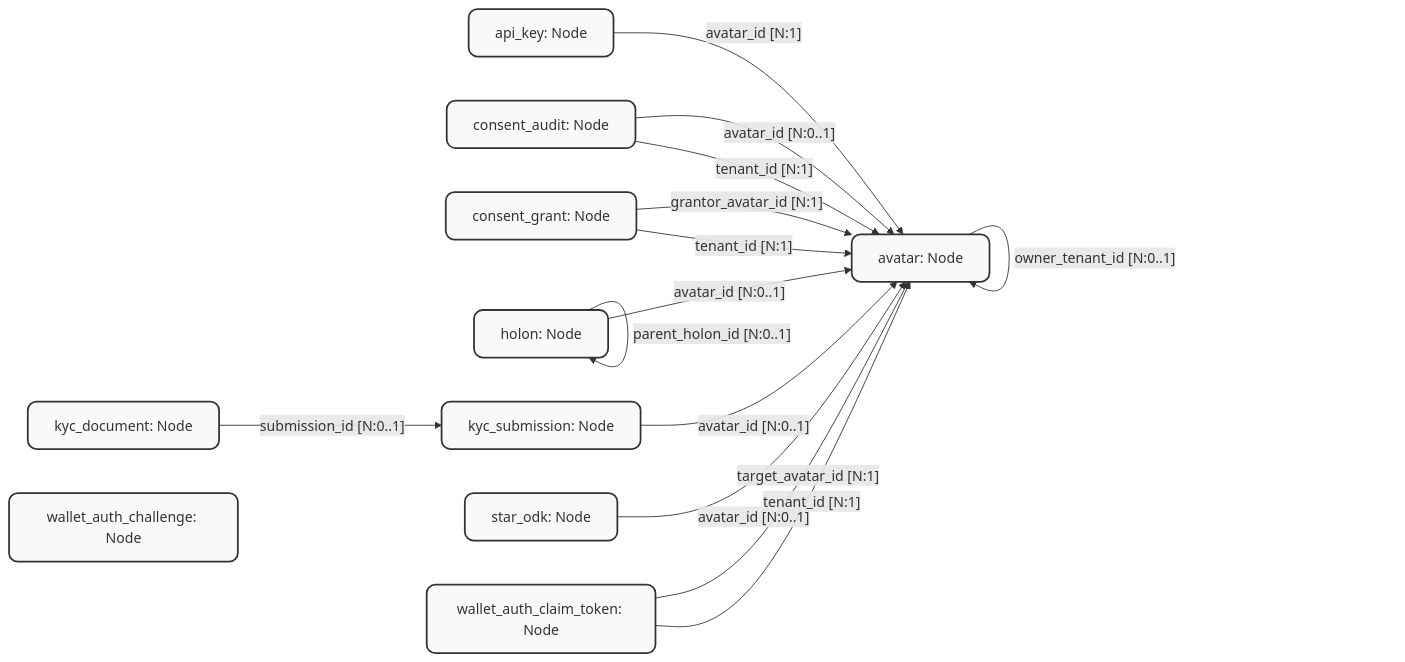
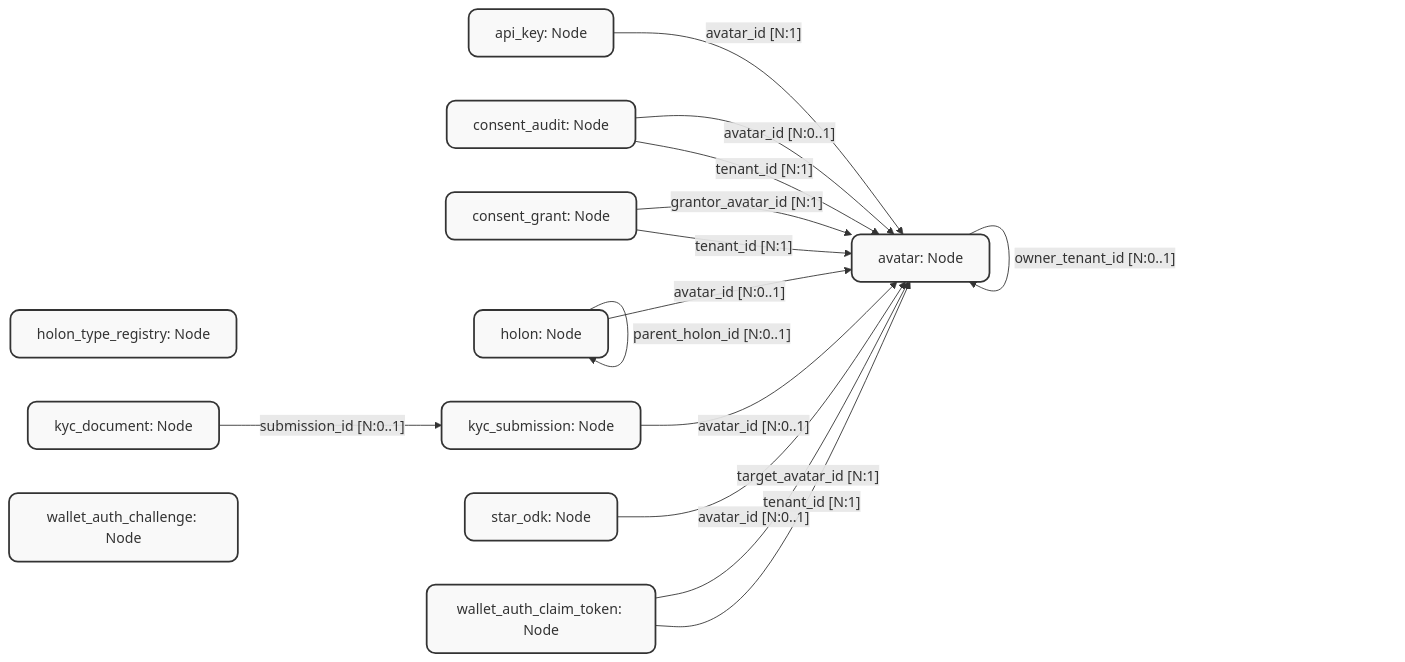
One commit to JadeZaher/azoa-autonomous-zones-of-action changed the diagram in Persistence/SurrealDb/Generated/Flowcharts/identity.flowchart.mermaid. Above: the diagram before and after it, drawn with Mermaid. The commit also changed 232 other files, not shown here.

```diff
--- a/Persistence/SurrealDb/Generated/Flowcharts/identity.flowchart.mermaid
+++ b/Persistence/SurrealDb/Generated/Flowcharts/identity.flowchart.mermaid
@@ -1,33 +1,34 @@
 graph LR
     %% Slice: identity
     %% GENERATED FILE -- do not edit. Source: SurrealDB schema attribute scan.
     %% Regenerate with: dotnet run --project packages/SurrealForge.Schema -- flowcharts
 
     %% Nodes in this slice
     api_key["api_key: Node"]:::nodeClass
     avatar["avatar: Node"]:::nodeClass
     consent_audit["consent_audit: Node"]:::nodeClass
     consent_grant["consent_grant: Node"]:::nodeClass
     holon["holon: Node"]:::nodeClass
+    holon_type_registry["holon_type_registry: Node"]:::nodeClass
     kyc_document["kyc_document: Node"]:::nodeClass
     kyc_submission["kyc_submission: Node"]:::nodeClass
     star_odk["star_odk: Node"]:::nodeClass
     wallet_auth_challenge["wallet_auth_challenge: Node"]:::nodeClass
     wallet_auth_claim_token["wallet_auth_claim_token: Node"]:::nodeClass
 
     %% Edges (outbound from this slice)
     api_key -- "avatar_id [N:1]" --> avatar
     avatar -- "owner_tenant_id [N:0..1]" --> avatar
     consent_audit -- "avatar_id [N:0..1]" --> avatar
     consent_audit -- "tenant_id [N:1]" --> avatar
     consent_grant -- "grantor_avatar_id [N:1]" --> avatar
     consent_grant -- "tenant_id [N:1]" --> avatar
     holon -- "avatar_id [N:0..1]" --> avatar
     holon -- "parent_holon_id [N:0..1]" --> holon
     kyc_document -- "submission_id [N:0..1]" --> kyc_submission
     kyc_submission -- "avatar_id [N:0..1]" --> avatar
     star_odk -- "avatar_id [N:0..1]" --> avatar
     wallet_auth_claim_token -- "target_avatar_id [N:1]" --> avatar
     wallet_auth_claim_token -- "tenant_id [N:1]" --> avatar
 
     classDef nodeClass fill:#f9f9f9,stroke:#333,stroke-width:2px,rx:10px,ry:10px;
```
